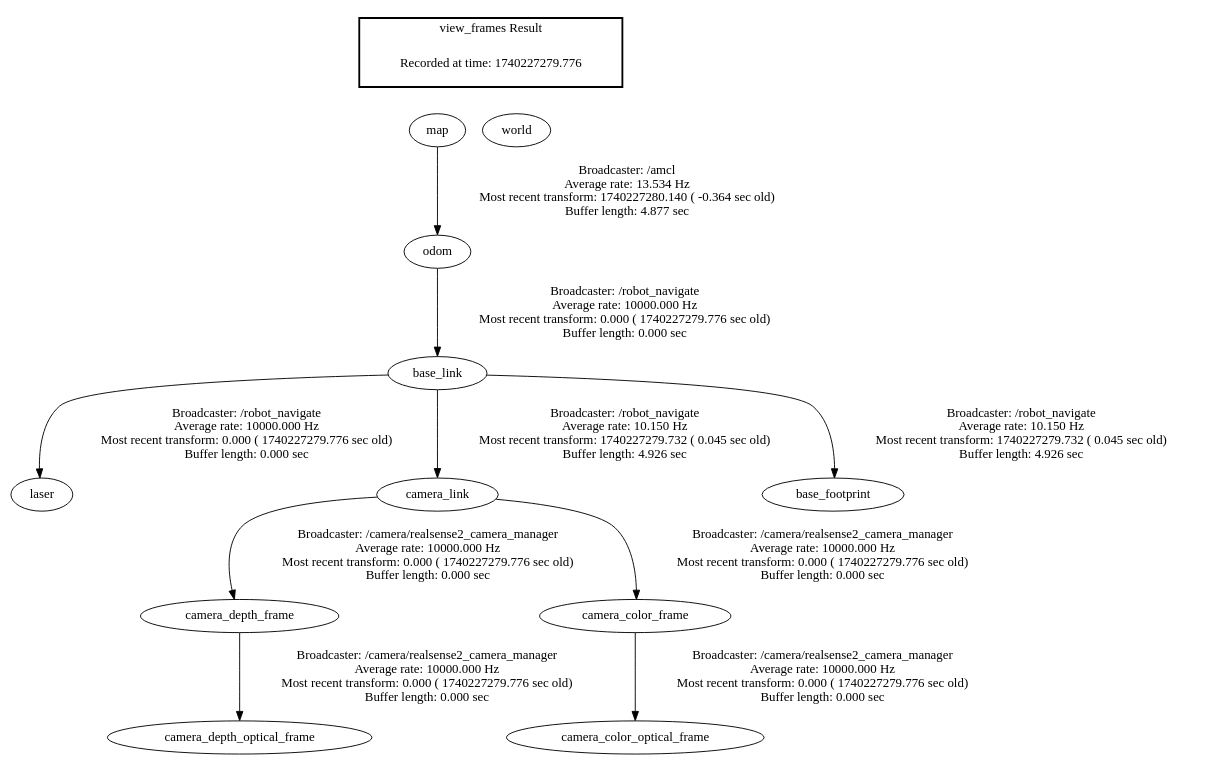
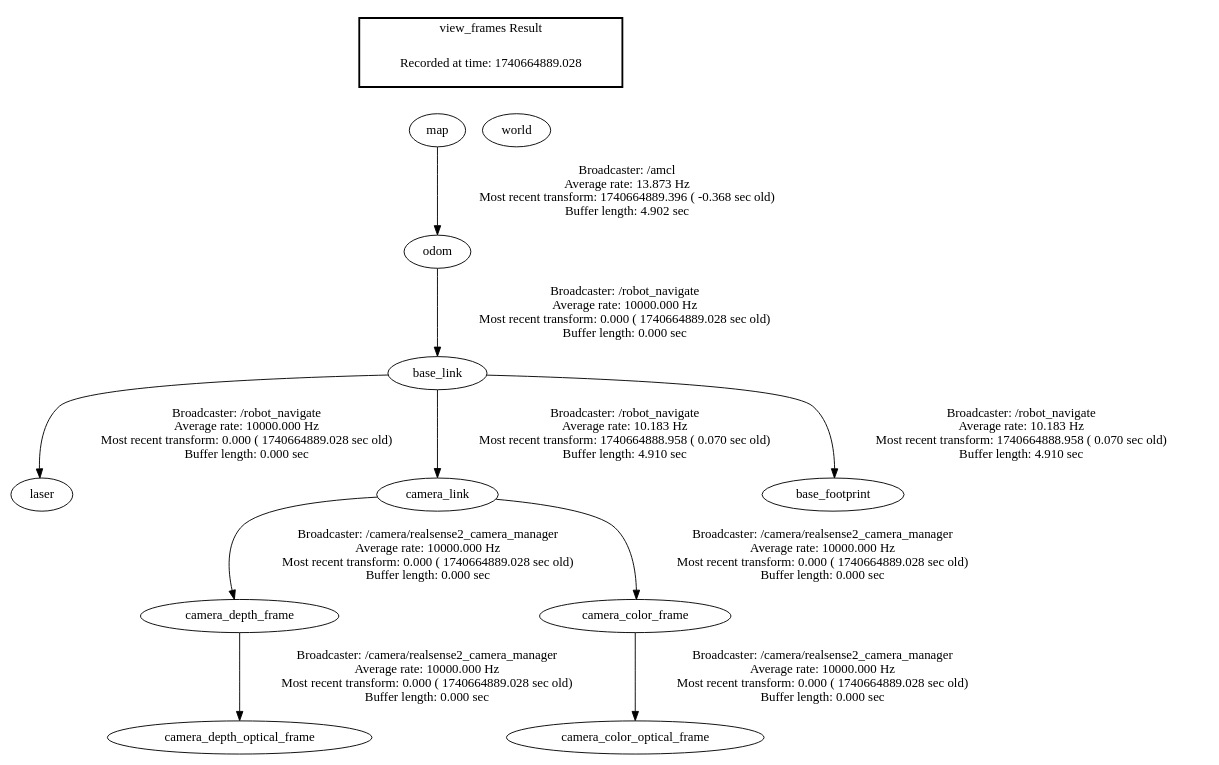
One commit to phmhp/SeniorProject2024 changed the diagram in frames.gv. Above: the diagram before and after it, drawn with Graphviz. The commit also changed 13 other files, not shown here.

```diff
--- a/frames.gv
+++ b/frames.gv
@@ -1,19 +1,19 @@
 digraph G {
-"odom" -> "base_link"[label="Broadcaster: /robot_navigate\nAverage rate: 10000.000 Hz\nMost recent transform: 0.000 ( 1740227279.776 sec old)\nBuffer length: 0.000 sec\n"];
-"base_link" -> "laser"[label="Broadcaster: /robot_navigate\nAverage rate: 10000.000 Hz\nMost recent transform: 0.000 ( 1740227279.776 sec old)\nBuffer length: 0.000 sec\n"];
-"camera_link" -> "camera_depth_frame"[label="Broadcaster: /camera/realsense2_camera_manager\nAverage rate: 10000.000 Hz\nMost recent transform: 0.000 ( 1740227279.776 sec old)\nBuffer length: 0.000 sec\n"];
-"base_link" -> "camera_link"[label="Broadcaster: /robot_navigate\nAverage rate: 10.150 Hz\nMost recent transform: 1740227279.732 ( 0.045 sec old)\nBuffer length: 4.926 sec\n"];
-"camera_depth_frame" -> "camera_depth_optical_frame"[label="Broadcaster: /camera/realsense2_camera_manager\nAverage rate: 10000.000 Hz\nMost recent transform: 0.000 ( 1740227279.776 sec old)\nBuffer length: 0.000 sec\n"];
-"camera_link" -> "camera_color_frame"[label="Broadcaster: /camera/realsense2_camera_manager\nAverage rate: 10000.000 Hz\nMost recent transform: 0.000 ( 1740227279.776 sec old)\nBuffer length: 0.000 sec\n"];
-"camera_color_frame" -> "camera_color_optical_frame"[label="Broadcaster: /camera/realsense2_camera_manager\nAverage rate: 10000.000 Hz\nMost recent transform: 0.000 ( 1740227279.776 sec old)\nBuffer length: 0.000 sec\n"];
-"map" -> "odom"[label="Broadcaster: /amcl\nAverage rate: 13.534 Hz\nMost recent transform: 1740227280.140 ( -0.364 sec old)\nBuffer length: 4.877 sec\n"];
-"base_link" -> "base_footprint"[label="Broadcaster: /robot_navigate\nAverage rate: 10.150 Hz\nMost recent transform: 1740227279.732 ( 0.045 sec old)\nBuffer length: 4.926 sec\n"];
+"odom" -> "base_link"[label="Broadcaster: /robot_navigate\nAverage rate: 10000.000 Hz\nMost recent transform: 0.000 ( 1740664889.028 sec old)\nBuffer length: 0.000 sec\n"];
+"base_link" -> "laser"[label="Broadcaster: /robot_navigate\nAverage rate: 10000.000 Hz\nMost recent transform: 0.000 ( 1740664889.028 sec old)\nBuffer length: 0.000 sec\n"];
+"camera_link" -> "camera_depth_frame"[label="Broadcaster: /camera/realsense2_camera_manager\nAverage rate: 10000.000 Hz\nMost recent transform: 0.000 ( 1740664889.028 sec old)\nBuffer length: 0.000 sec\n"];
+"base_link" -> "camera_link"[label="Broadcaster: /robot_navigate\nAverage rate: 10.183 Hz\nMost recent transform: 1740664888.958 ( 0.070 sec old)\nBuffer length: 4.910 sec\n"];
+"camera_depth_frame" -> "camera_depth_optical_frame"[label="Broadcaster: /camera/realsense2_camera_manager\nAverage rate: 10000.000 Hz\nMost recent transform: 0.000 ( 1740664889.028 sec old)\nBuffer length: 0.000 sec\n"];
+"camera_link" -> "camera_color_frame"[label="Broadcaster: /camera/realsense2_camera_manager\nAverage rate: 10000.000 Hz\nMost recent transform: 0.000 ( 1740664889.028 sec old)\nBuffer length: 0.000 sec\n"];
+"camera_color_frame" -> "camera_color_optical_frame"[label="Broadcaster: /camera/realsense2_camera_manager\nAverage rate: 10000.000 Hz\nMost recent transform: 0.000 ( 1740664889.028 sec old)\nBuffer length: 0.000 sec\n"];
+"map" -> "odom"[label="Broadcaster: /amcl\nAverage rate: 13.873 Hz\nMost recent transform: 1740664889.396 ( -0.368 sec old)\nBuffer length: 4.902 sec\n"];
+"base_link" -> "base_footprint"[label="Broadcaster: /robot_navigate\nAverage rate: 10.183 Hz\nMost recent transform: 1740664888.958 ( 0.070 sec old)\nBuffer length: 4.910 sec\n"];
 edge [style=invis];
  subgraph cluster_legend { style=bold; color=black; label ="view_frames Result";
-"Recorded at time: 1740227279.776"[ shape=plaintext ] ;
+"Recorded at time: 1740664889.028"[ shape=plaintext ] ;
  }->"world";
 edge [style=invis];
  subgraph cluster_legend { style=bold; color=black; label ="view_frames Result";
-"Recorded at time: 1740227279.776"[ shape=plaintext ] ;
+"Recorded at time: 1740664889.028"[ shape=plaintext ] ;
  }->"map";
 }
```
